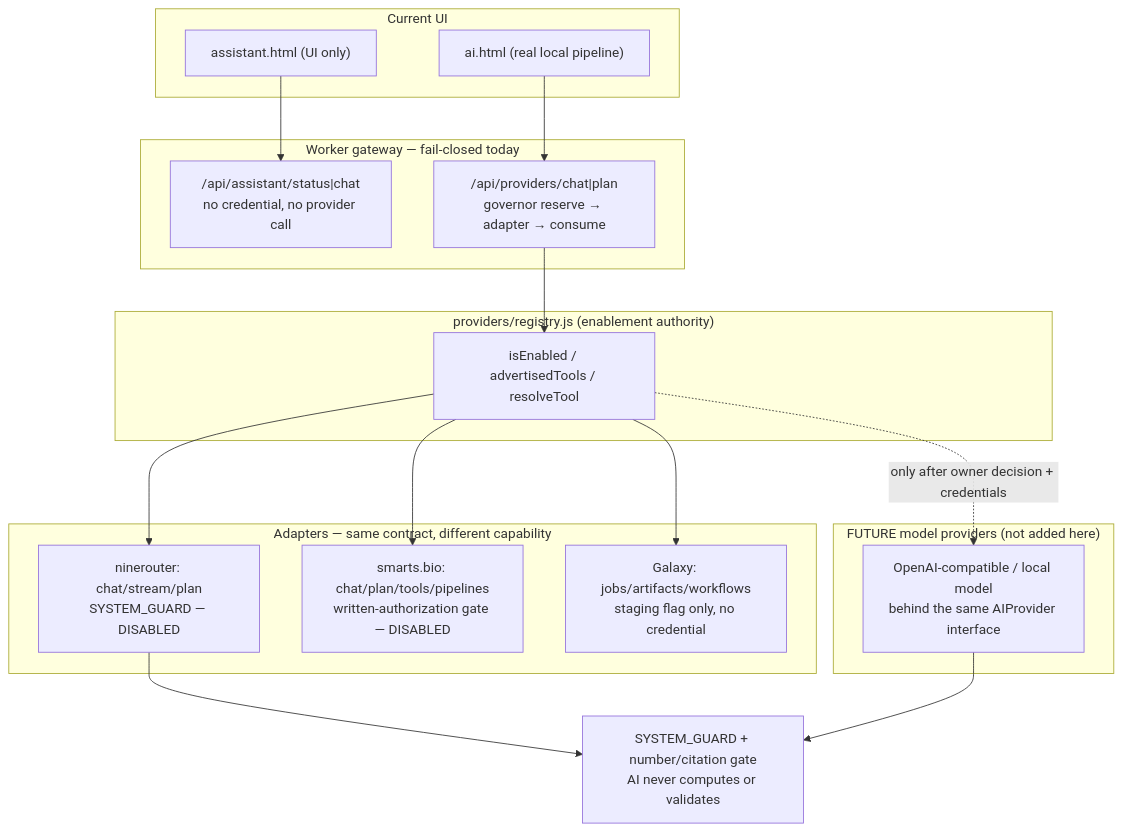
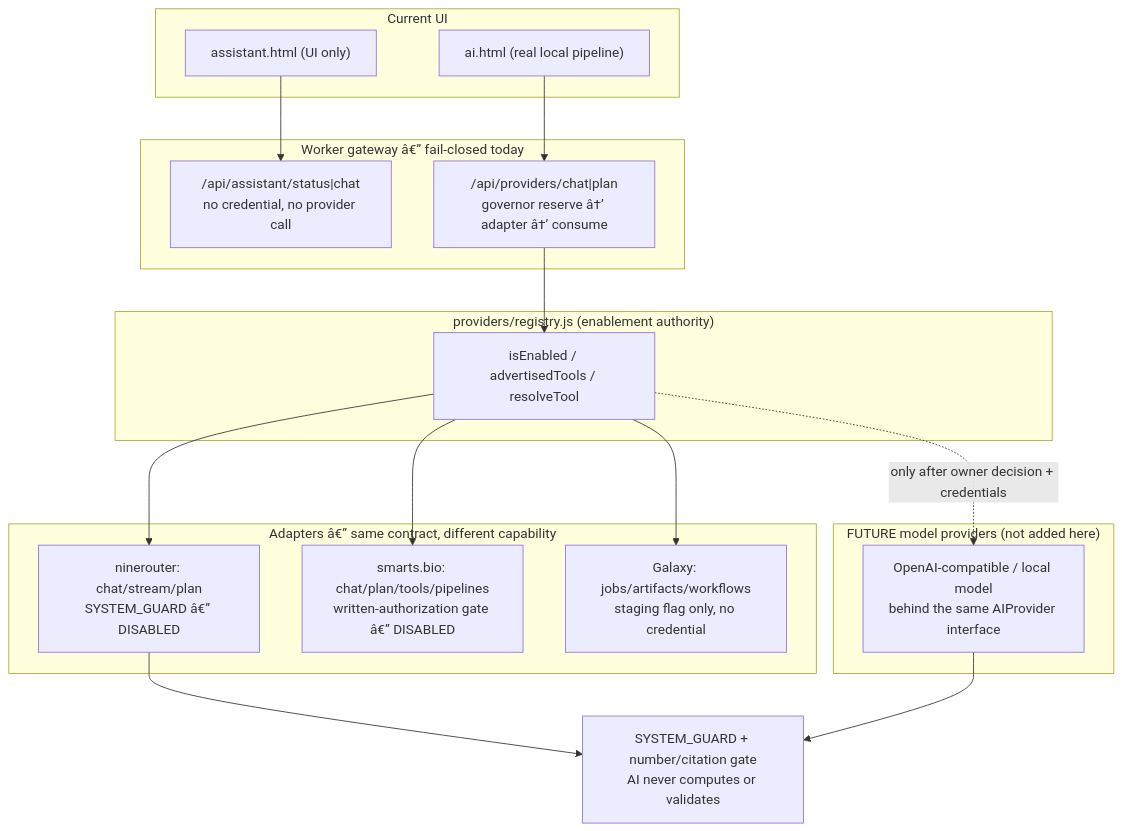
One commit to Marwanmorsy999/smart-bioinformatics-toolkit changed the fourth of 4 diagrams in docs/CORE_PRODUCT_ARCHITECTURE.md. Above: the diagram before and after it, drawn with Mermaid. The commit also changed other lines of this file and 7 other files, not shown here.

````diff
--- a/docs/CORE_PRODUCT_ARCHITECTURE.md
+++ b/docs/CORE_PRODUCT_ARCHITECTURE.md
@@ -138,31 +138,31 @@
 ```mermaid
 flowchart TB
     subgraph UI["Current UI"]
         AUI["assistant.html (UI only)"]
         AIW["ai.html (real local pipeline)"]
     end
-    subgraph GW["Worker gateway — fail-closed today"]
+    subgraph GW["Worker gateway â€” fail-closed today"]
         AST["/api/assistant/status|chat<br/>no credential, no provider call"]
-        PC["/api/providers/chat|plan<br/>governor reserve → adapter → consume"]
+        PC["/api/providers/chat|plan<br/>governor reserve â†’ adapter â†’ consume"]
     end
     subgraph REG["providers/registry.js (enablement authority)"]
         R["isEnabled / advertisedTools / resolveTool"]
     end
-    subgraph ADAPT["Adapters — same contract, different capability"]
-        NR["ninerouter: chat/stream/plan<br/>SYSTEM_GUARD — DISABLED"]
-        SB["smarts.bio: chat/plan/tools/pipelines<br/>written-authorization gate — DISABLED"]
+    subgraph ADAPT["Adapters â€” same contract, different capability"]
+        NR["ninerouter: chat/stream/plan<br/>SYSTEM_GUARD â€” DISABLED"]
+        SB["smarts.bio: chat/plan/tools/pipelines<br/>written-authorization gate â€” DISABLED"]
         GX["Galaxy: jobs/artifacts/workflows<br/>staging flag only, no credential"]
     end
     subgraph FUTURE["FUTURE model providers (not added here)"]
         OPEN["OpenAI-compatible / local model<br/>behind the same AIProvider interface"]
     end
     AUI --> AST
     AIW --> PC
     PC --> R
     R --> NR
     R --> SB
     R --> GX
     R -. "only after owner decision + credentials" .-> OPEN
     NR --> GUARD["SYSTEM_GUARD + number/citation gate<br/>AI never computes or validates"]
    OPEN --> GUARD
 ```
````
